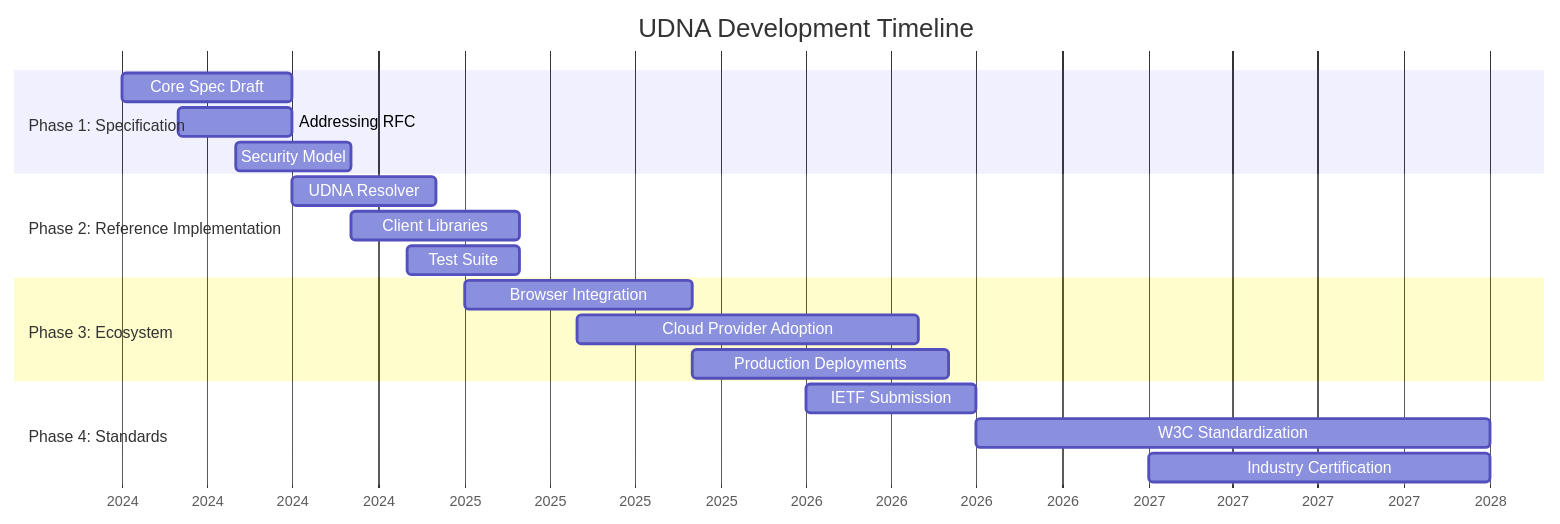
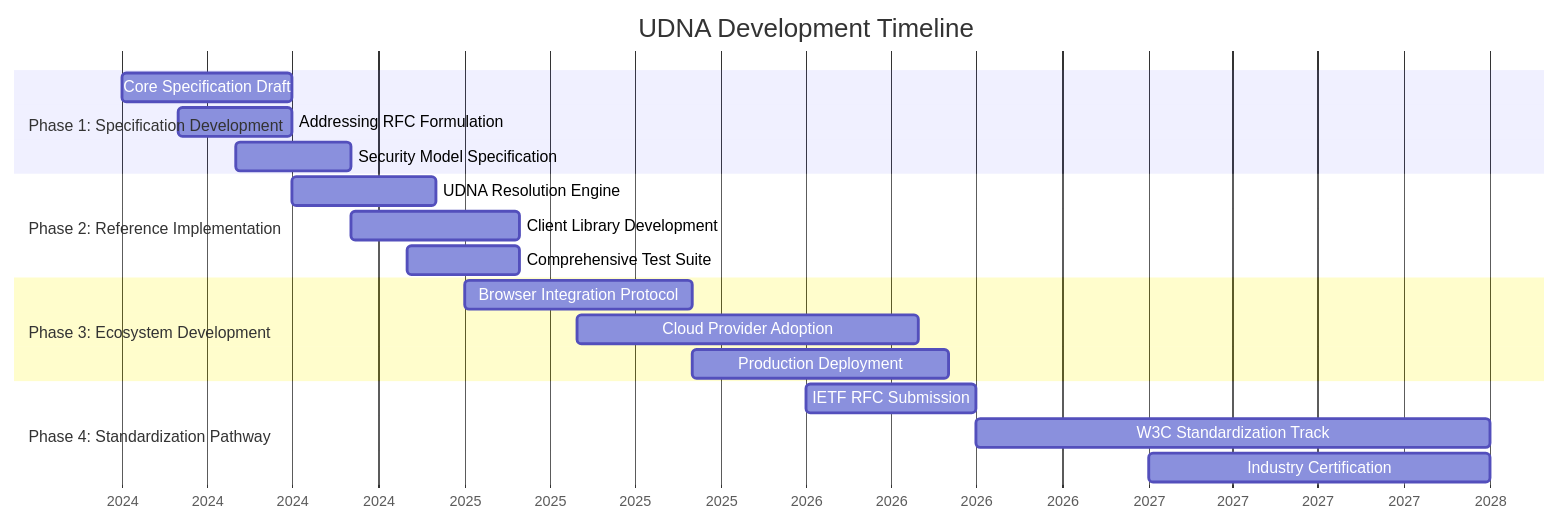
Before and after one commit to w3c-cg/udna: the fourth of 4 diagrams in README.md, drawn with Mermaid. The commit also changed other lines of this file, not shown here.

````diff
--- a/README.md
+++ b/README.md
@@ -482,26 +482,26 @@
 ```mermaid
 gantt
     title UDNA Development Timeline
     dateFormat  YYYY-MM
     axisFormat  %Y
     
-    section Phase 1: Specification
-    Core Spec Draft        :2024-01, 6M
-    Addressing RFC         :2024-03, 4M
-    Security Model         :2024-05, 4M
+    section Phase 1: Specification Development
+    Core Specification Draft        :2024-01, 6M
+    Addressing RFC Formulation      :2024-03, 4M
+    Security Model Specification   :2024-05, 4M
     
     section Phase 2: Reference Implementation
-    UDNA Resolver         :2024-07, 5M
-    Client Libraries      :2024-09, 6M
-    Test Suite            :2024-11, 4M
+    UDNA Resolution Engine         :2024-07, 5M
+    Client Library Development     :2024-09, 6M
+    Comprehensive Test Suite       :2024-11, 4M
     
-    section Phase 3: Ecosystem
-    Browser Integration   :2025-01, 8M
-    Cloud Provider Adoption :2025-05, 12M
-    Production Deployments :2025-09, 9M
+    section Phase 3: Ecosystem Development
+    Browser Integration Protocol   :2025-01, 8M
+    Cloud Provider Adoption        :2025-05, 12M
+    Production Deployment          :2025-09, 9M
     
-    section Phase 4: Standards
-    IETF Submission       :2026-01, 6M
-    W3C Standardization   :2026-07, 18M
-    Industry Certification :2027-01, 12M
+    section Phase 4: Standardization Pathway
+    IETF RFC Submission           :2026-01, 6M
+    W3C Standardization Track     :2026-07, 18M
+    Industry Certification        :2027-01, 12M
 ```
````
